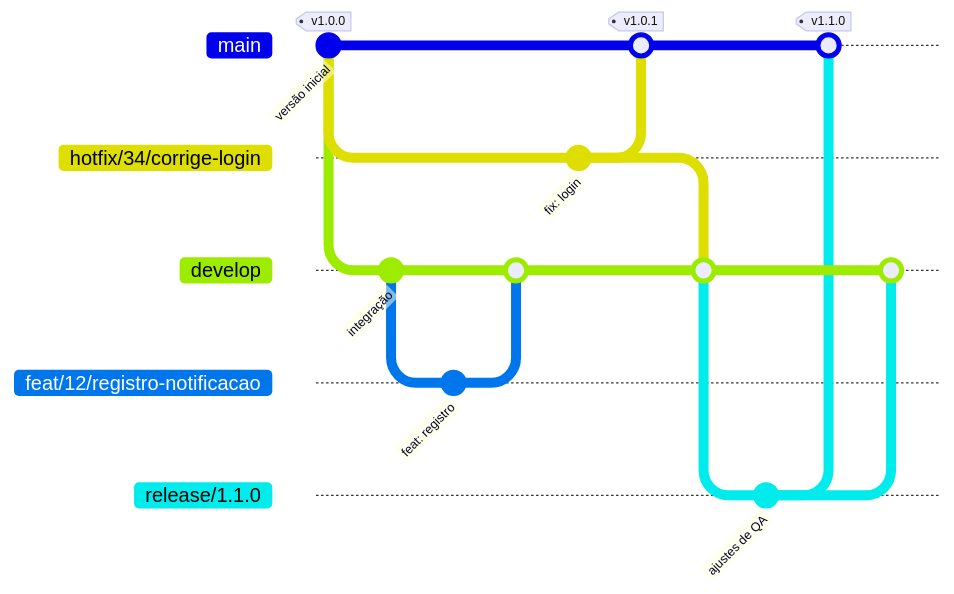
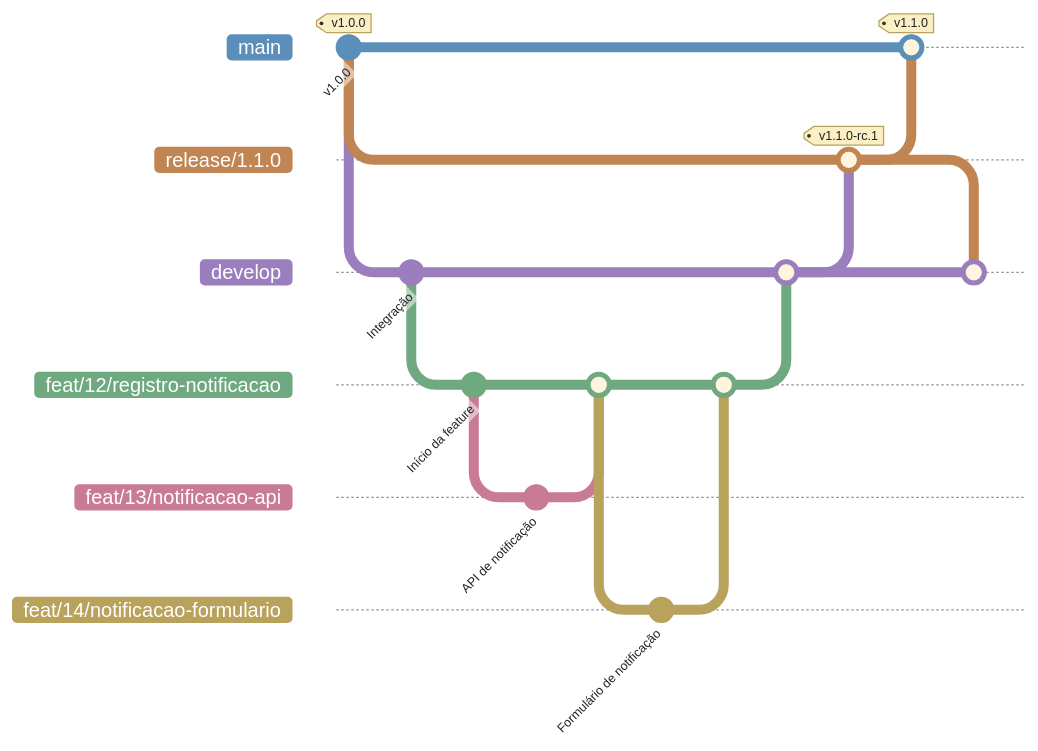
One commit to Notifica-Saude-2026-2/notifica-saude-docs changed the diagram in docs/gcs/modelo-ramificacao.md. Above: the diagram before and after it, drawn with Mermaid.

Commit message:
feat: atualiza modelo de ramificação mermaid

````diff
--- a/docs/gcs/modelo-ramificacao.md
+++ b/docs/gcs/modelo-ramificacao.md
@@ -32,33 +32,67 @@
 ```mermaid
+%%{init: {
+  "theme": "base",
+  "themeVariables": {
+    "git0": "#5B8FB9",
+    "git1": "#C08552",
+    "git2": "#9B7EBD",
+    "git3": "#6FA97F",
+    "git4": "#C97B93",
+    "git5": "#B9A25B",
+    "gitBranchLabel0": "#FFFFFF",
+    "gitBranchLabel1": "#FFFFFF",
+    "gitBranchLabel2": "#FFFFFF",
+    "gitBranchLabel3": "#FFFFFF",
+    "gitBranchLabel4": "#FFFFFF",
+    "gitBranchLabel5": "#FFFFFF",
+    "gitInv0": "#FFFFFF",
+    "gitInv1": "#FFFFFF",
+    "gitInv2": "#FFFFFF",
+    "gitInv3": "#FFFFFF",
+    "gitInv4": "#FFFFFF",
+    "gitInv5": "#FFFFFF",
+    "commitLabelColor": "#1F2328",
+    "commitLabelBackground": "#FFFFFF",
+    "tagLabelColor": "#1F2328",
+    "tagLabelBackground": "#FBEFC3",
+    "tagLabelBorder": "#B9A25B",
+    "lineColor": "#8C959F"
+  }
+} }%%
 gitGraph
-    commit id: "versão inicial" tag: "v1.0.0"
+    commit id: "v1.0.0" tag: "v1.0.0"
 
-    branch hotfix/34/corrige-login order: 1
+    branch release/1.1.0 order: 1
     branch develop order: 2
     checkout develop
-    commit id: "integração"
+    commit id: "Integração"
 
     branch feat/12/registro-notificacao order: 3
     checkout feat/12/registro-notificacao
-    commit id: "feat: registro"
+    commit id: "Início da feature"
+
+    branch feat/13/notificacao-api order: 4
+    checkout feat/13/notificacao-api
+    commit id: "API de notificação"
+
+    checkout feat/12/registro-notificacao
+    merge feat/13/notificacao-api
+
+    branch feat/14/notificacao-formulario order: 5
+    checkout feat/14/notificacao-formulario
+    commit id: "Formulário de notificação"
+
+    checkout feat/12/registro-notificacao
+    merge feat/14/notificacao-formulario
 
     checkout develop
     merge feat/12/registro-notificacao
 
-    checkout hotfix/34/corrige-login
-    commit id: "fix: login"
-    checkout main
-    merge hotfix/34/corrige-login tag: "v1.0.1"
-    checkout develop
-    merge hotfix/34/corrige-login
-
-    branch release/1.1.0 order: 4
     checkout release/1.1.0
-    commit id: "ajustes de QA"
+    merge develop tag: "v1.1.0-rc.1"
 
     checkout main
     merge release/1.1.0 tag: "v1.1.0"
-
     checkout develop
     merge release/1.1.0
 ```
````
